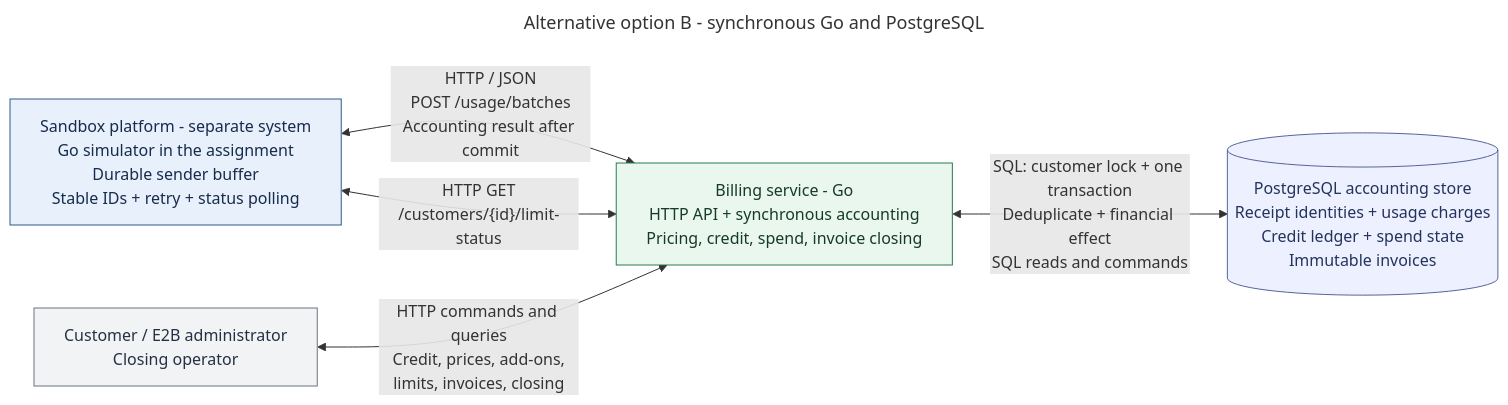
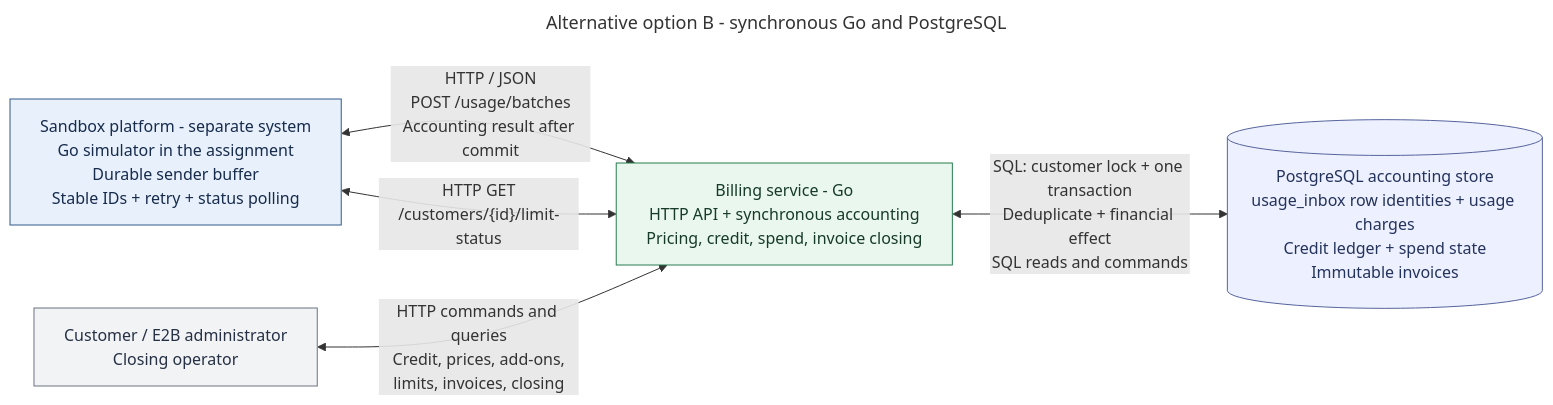
The diagram in docs/diagrams/option-b-components/option-b-components.mmd (pupitooo/e2b-billing-api), drawn with Mermaid before and after one commit. The commit also changed 104 other files, not shown here.

First line of the commit message:
Document billing sequences, lock risks, and shared vocabulary (#96)

```diff
--- a/docs/diagrams/option-b-components/option-b-components.mmd
+++ b/docs/diagrams/option-b-components/option-b-components.mmd
@@ -1,31 +1,31 @@
 ---
 title: Alternative option B - synchronous Go and PostgreSQL
 config:
   layout: dagre
   flowchart:
     wrappingWidth: 300
     nodeSpacing: 60
     rankSpacing: 75
 ---
 %% Considered alternative; not the selected implementation.
 %% Customer locks coordinate usage, credit, and closing.
-%% Receipt identity and financial effects commit together before acknowledgement.
+%% usage_inbox row identity and financial effects commit together before acknowledgement.
 flowchart LR
     platform["Sandbox platform - separate system<br/>Go simulator in the assignment<br/>Durable sender buffer<br/>Stable IDs + retry + status polling"]
     callers["Customer / E2B administrator<br/>Closing operator"]
     api["Billing service - Go<br/>HTTP API + synchronous accounting<br/>Pricing, credit, spend, invoice closing"]
-    database[("PostgreSQL accounting store<br/>Receipt identities + usage charges<br/>Credit ledger + spend state<br/>Immutable invoices")]
+    database[("PostgreSQL accounting store<br/>usage_inbox row identities + usage charges<br/>Credit ledger + spend state<br/>Immutable invoices")]
 
     platform <-->|"HTTP / JSON<br/>POST /usage/batches<br/>Accounting result after commit"| api
     platform <-->|"HTTP GET<br/>/customers/{id}/limit-status"| api
     callers <-->|"HTTP commands and queries<br/>Credit, prices, add-ons,<br/>limits, invoices, closing"| api
     api <-->|"SQL: customer lock + one transaction<br/>Deduplicate + financial effect<br/>SQL reads and commands"| database
 
     classDef platformNode fill:#e8f1fb,stroke:#31588a,color:#172b4d;
     classDef goModule fill:#e9f7ee,stroke:#287d4e,color:#173b28;
     classDef storedData fill:#edf0ff,stroke:#56649c,color:#24335c;
     classDef actor fill:#f2f3f5,stroke:#6b7280,color:#253044;
     class platform platformNode;
     class api goModule;
     class database storedData;
     class callers actor;
```
